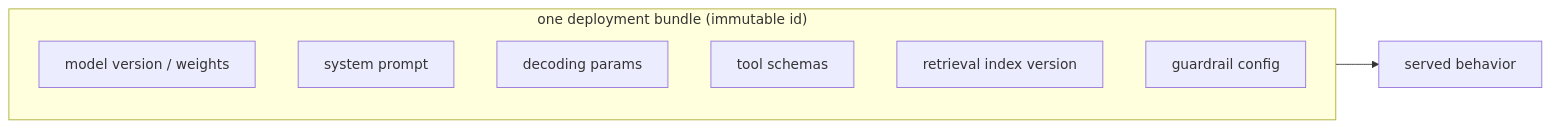
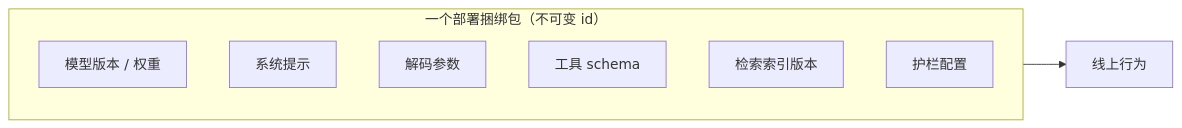
The first of 2 diagrams in zh/practice/09-deployment-lifecycle.qmd (latere-ai/ai-as-an-infrastructure), drawn with Mermaid before and after one commit. The commit also changed other lines of this file and 273 other files, not shown here.

Commit message:
docs: localize Chinese diagrams

````diff
--- a/zh/practice/09-deployment-lifecycle.qmd
+++ b/zh/practice/09-deployment-lifecycle.qmd
@@ -15,15 +15,15 @@
 ```{mermaid}
 %%| label: fig-deploy-bundle
 %%| fig-cap: "可部署的产物是一个捆绑包，而非一个 checkpoint。登记表钉住每一个能移动输出的元素，并用一个不可变 id 指向整体，于是行为变化总能归因到一次有名有姓的部署。"
 flowchart LR
-  subgraph B["one deployment bundle (immutable id)"]
+  subgraph B["一个部署捆绑包（不可变 id）"]
     direction TB
-    W["model version / weights"]
-    P["system prompt"]
-    D["decoding params"]
-    T["tool schemas"]
-    R["retrieval index version"]
-    G["guardrail config"]
+    W["模型版本 / 权重"]
+    P["系统提示"]
+    D["解码参数"]
+    T["工具 schema"]
+    R["检索索引版本"]
+    G["护栏配置"]
   end
-  B --> S["served behavior"]
+  B --> S["线上行为"]
 ```
````
